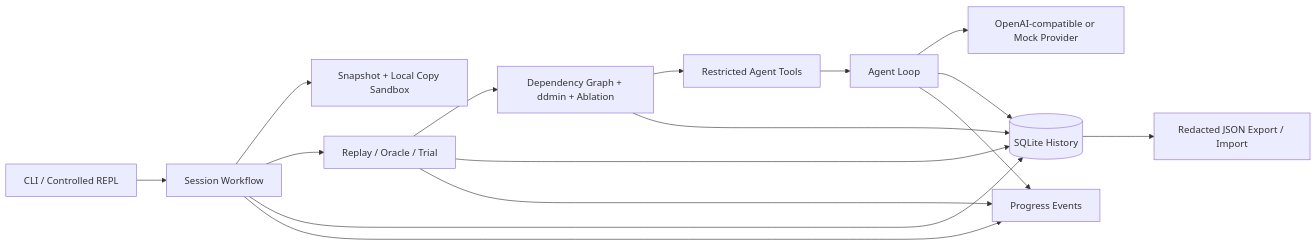
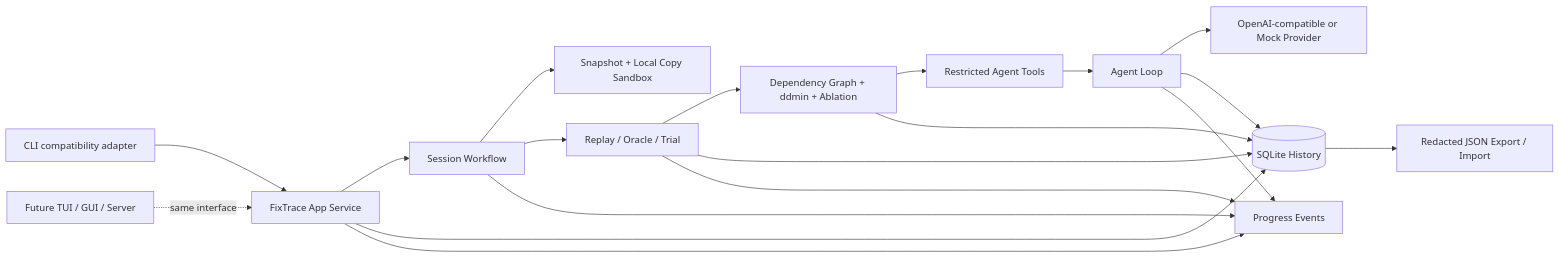
One commit to oooscarx/fix-trace changed the first of 2 diagrams in docs/architecture.md. Above: the diagram before and after it, drawn with Mermaid. The commit also changed other lines of this file and 11 other files, not shown here.

Commit message:
refactor: route CLI through the app service

````diff
--- a/docs/architecture.md
+++ b/docs/architecture.md
@@ -5,18 +5,21 @@
 ```mermaid
 flowchart LR
-    U[CLI / Controlled REPL] --> W[Session Workflow]
+    U[CLI compatibility adapter] --> AS[FixTrace App Service]
+    FT[Future TUI / GUI / Server] -. same interface .-> AS
+    AS --> W[Session Workflow]
+    AS --> H[(SQLite History)]
+    AS --> E[Progress broadcast]
     W --> S[Snapshot + Local Copy Sandbox]
     W --> R[Replay / Oracle / Trial]
     R --> M[Dependency Graph + ddmin + Ablation]
     M --> T[Restricted Agent Tools]
     T --> A[Agent Loop]
     A --> P[OpenAI-compatible or Mock Provider]
-    W --> H[(SQLite History)]
     R --> H
     M --> H
     A --> H
     W --> E[Progress Events]
     R --> E
     A --> E
     H --> X[Redacted JSON Export / Import]
 ```
````
